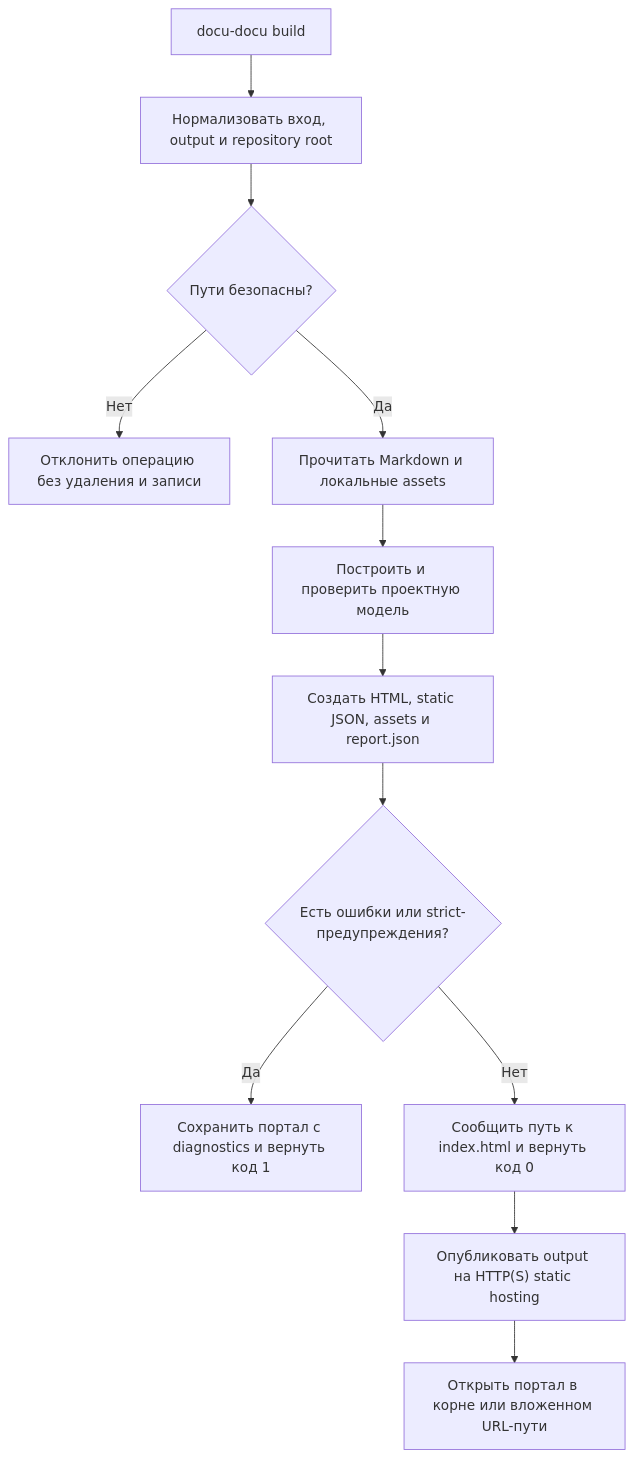
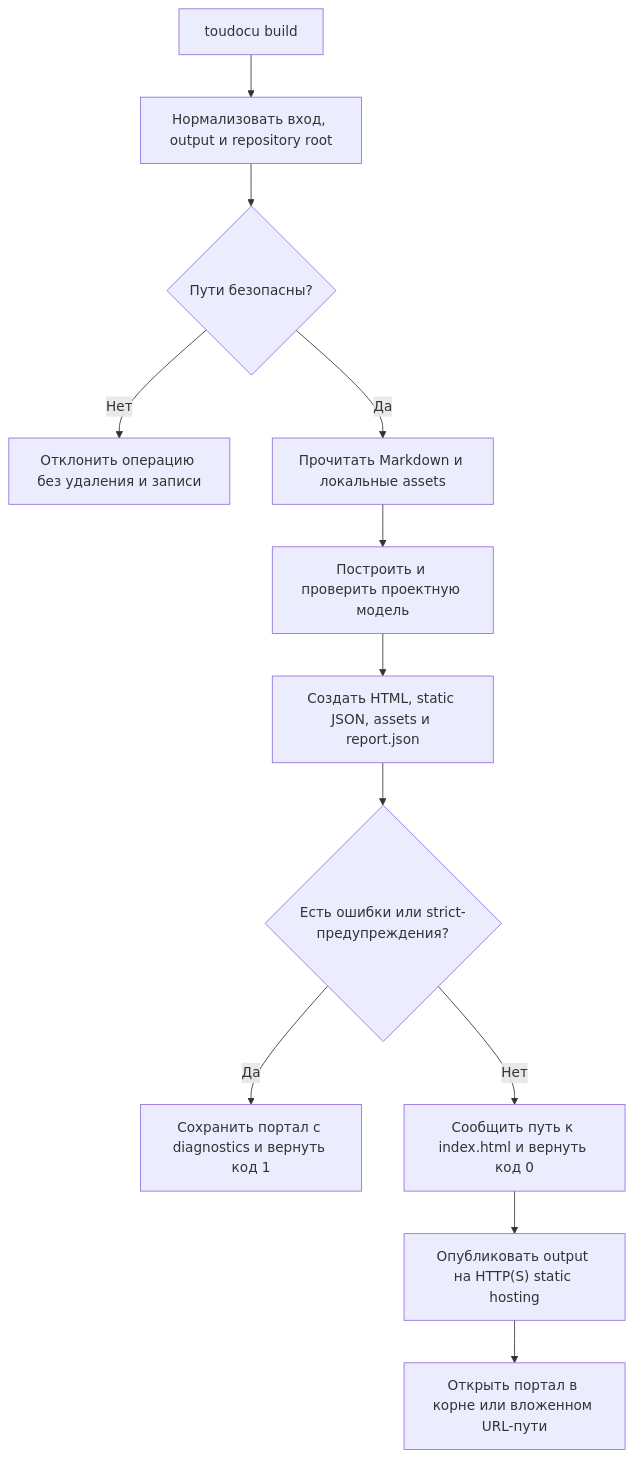
One commit to lumenikoly/toudocu changed the diagram in docs/flows/FLOW-DOCS-BUILD.md. Above: the diagram before and after it, drawn with Mermaid. The commit also changed 446 other files, not shown here.

````diff
--- a/docs/flows/FLOW-DOCS-BUILD.md
+++ b/docs/flows/FLOW-DOCS-BUILD.md
@@ -14,14 +14,14 @@
 ```mermaid
 flowchart TD
-    Start["docu-docu build"] --> Resolve["Нормализовать вход, output и repository root"]
+    Start["toudocu build"] --> Resolve["Нормализовать вход, output и repository root"]
     Resolve --> Safe{"Пути безопасны?"}
     Safe -->|Нет| Reject["Отклонить операцию без удаления и записи"]
     Safe -->|Да| Read["Прочитать Markdown и локальные assets"]
     Read --> Model["Построить и проверить проектную модель"]
     Model --> Generate["Создать HTML, static JSON, assets и report.json"]
     Generate --> Result{"Есть ошибки или strict-предупреждения?"}
     Result -->|Да| Failed["Сохранить портал с diagnostics и вернуть код 1"]
     Result -->|Нет| Ready["Сообщить путь к index.html и вернуть код 0"]
     Ready --> Publish["Опубликовать output на HTTP(S) static hosting"]
     Publish --> Open["Открыть портал в корне или вложенном URL-пути"]
 ```
````
